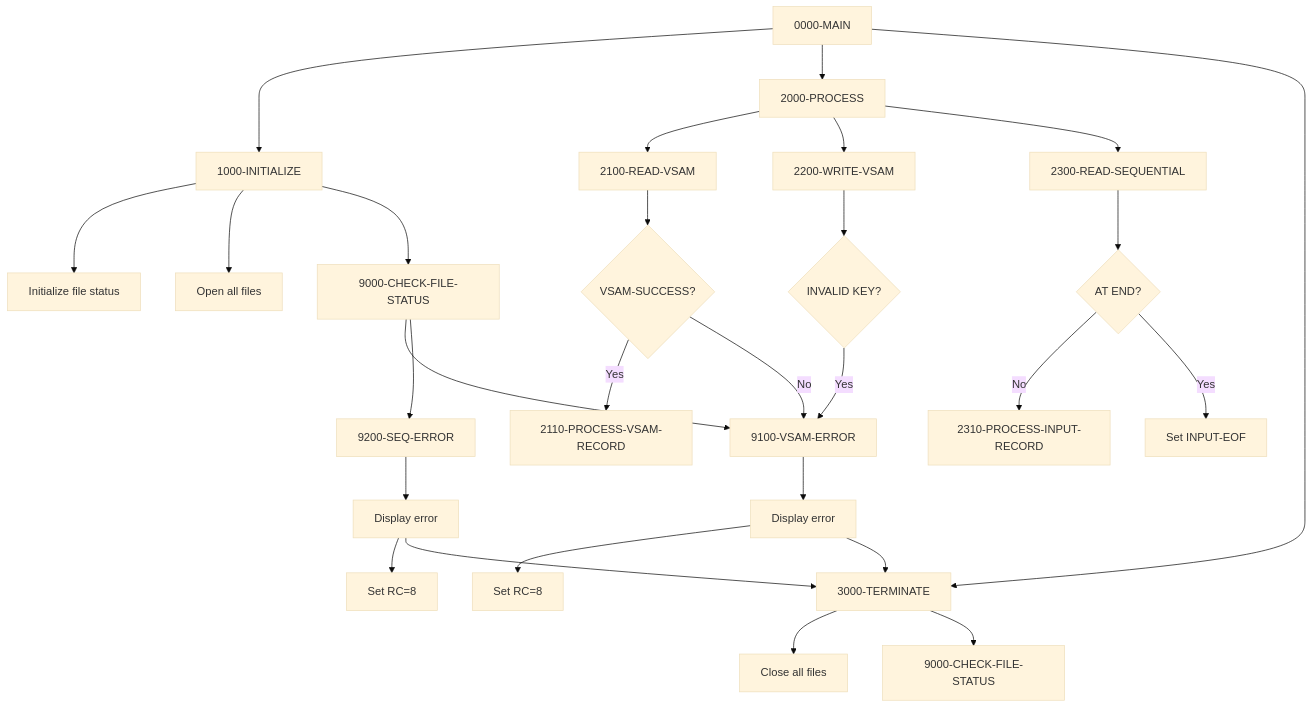
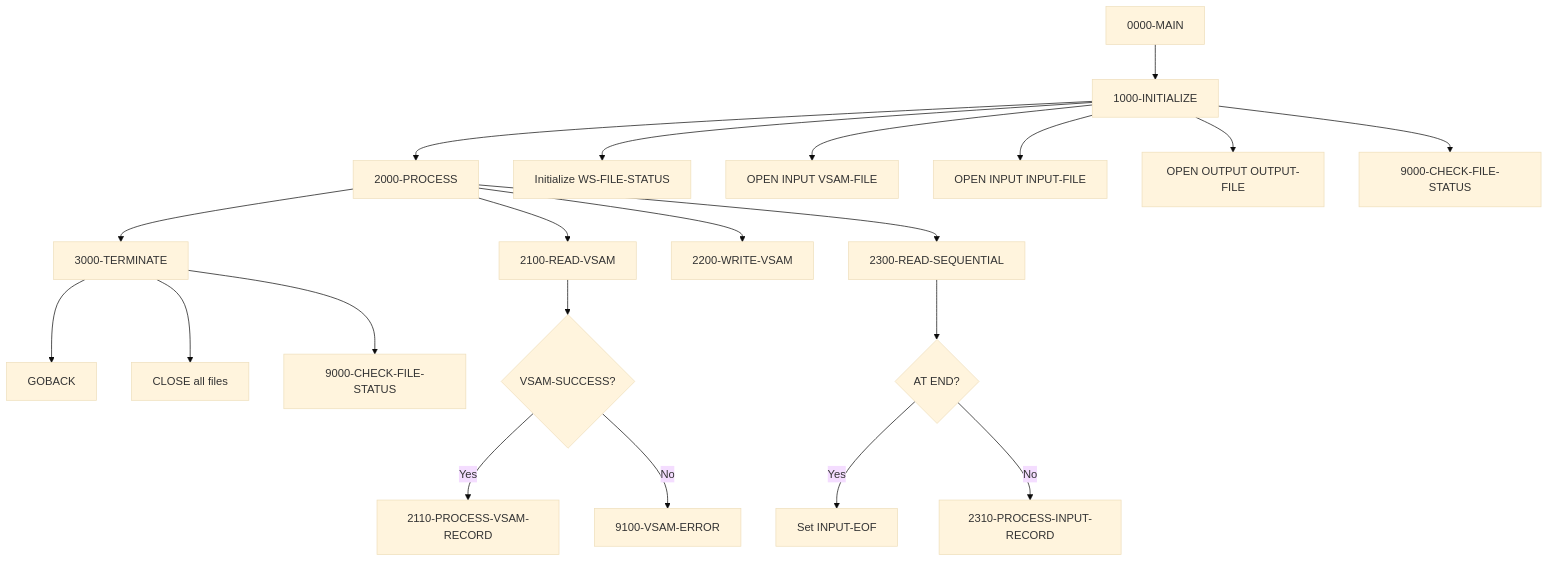
Before and after one commit to haladir-com/legacy-benchmark-docs-vb70e1: the diagram in docs/programs/FILE-HANDLING.mdx, drawn with Mermaid (base theme). The commit also changed other lines of this file and 63 other files, not shown here.

````diff
--- a/docs/programs/FILE-HANDLING.mdx
+++ b/docs/programs/FILE-HANDLING.mdx
@@ -23,39 +23,28 @@
 ```mermaid
 graph TD
     A[0000-MAIN] --> B[1000-INITIALIZE]
-    A --> C[2000-PROCESS]
-    A --> D[3000-TERMINATE]
+    B --> C[2000-PROCESS]
+    C --> D[3000-TERMINATE]
+    D --> E[GOBACK]
     
-    B --> B1[Initialize file status]
-    B --> B2[Open all files]
-    B --> B3[9000-CHECK-FILE-STATUS]
+    B --> B1[Initialize WS-FILE-STATUS]
+    B --> B2[OPEN INPUT VSAM-FILE]
+    B --> B3[OPEN INPUT INPUT-FILE]
+    B --> B4[OPEN OUTPUT OUTPUT-FILE]
+    B --> B5[9000-CHECK-FILE-STATUS]
     
     C --> C1[2100-READ-VSAM]
     C --> C2[2200-WRITE-VSAM]
     C --> C3[2300-READ-SEQUENTIAL]
     
-    C1 --> C1a{VSAM-SUCCESS?}
-    C1a -->|Yes| C1b[2110-PROCESS-VSAM-RECORD]
-    C1a -->|No| ERR1[9100-VSAM-ERROR]
+    C1 --> C1A{VSAM-SUCCESS?}
+    C1A -->|Yes| C1B[2110-PROCESS-VSAM-RECORD]
+    C1A -->|No| C1C[9100-VSAM-ERROR]
     
-    C2 --> C2a{INVALID KEY?}
-    C2a -->|Yes| ERR1
+    C3 --> C3A{AT END?}
+    C3A -->|Yes| C3B[Set INPUT-EOF]
+    C3A -->|No| C3C[2310-PROCESS-INPUT-RECORD]
     
-    C3 --> C3a{AT END?}
-    C3a -->|No| C3b[2310-PROCESS-INPUT-RECORD]
-    C3a -->|Yes| C3c[Set INPUT-EOF]
-    
-    D --> D1[Close all files]
+    D --> D1[CLOSE all files]
     D --> D2[9000-CHECK-FILE-STATUS]
-    
-    ERR1 --> ERR1a[Display error]
-    ERR1a --> ERR1b[Set RC=8]
-    ERR1a --> D
-    
-    B3 --> ERR1
-    B3 --> ERR2[9200-SEQ-ERROR]
-    
-    ERR2 --> ERR2a[Display error]
-    ERR2a --> ERR2b[Set RC=8]
-    ERR2a --> D
 ```
````
